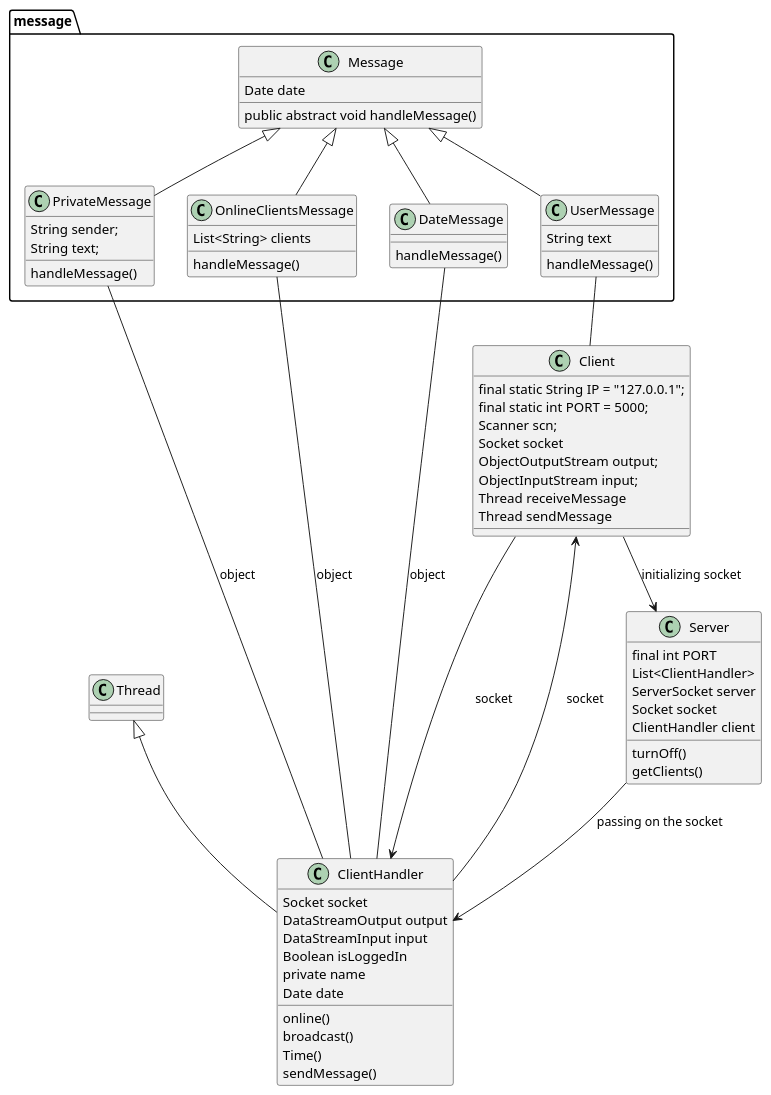
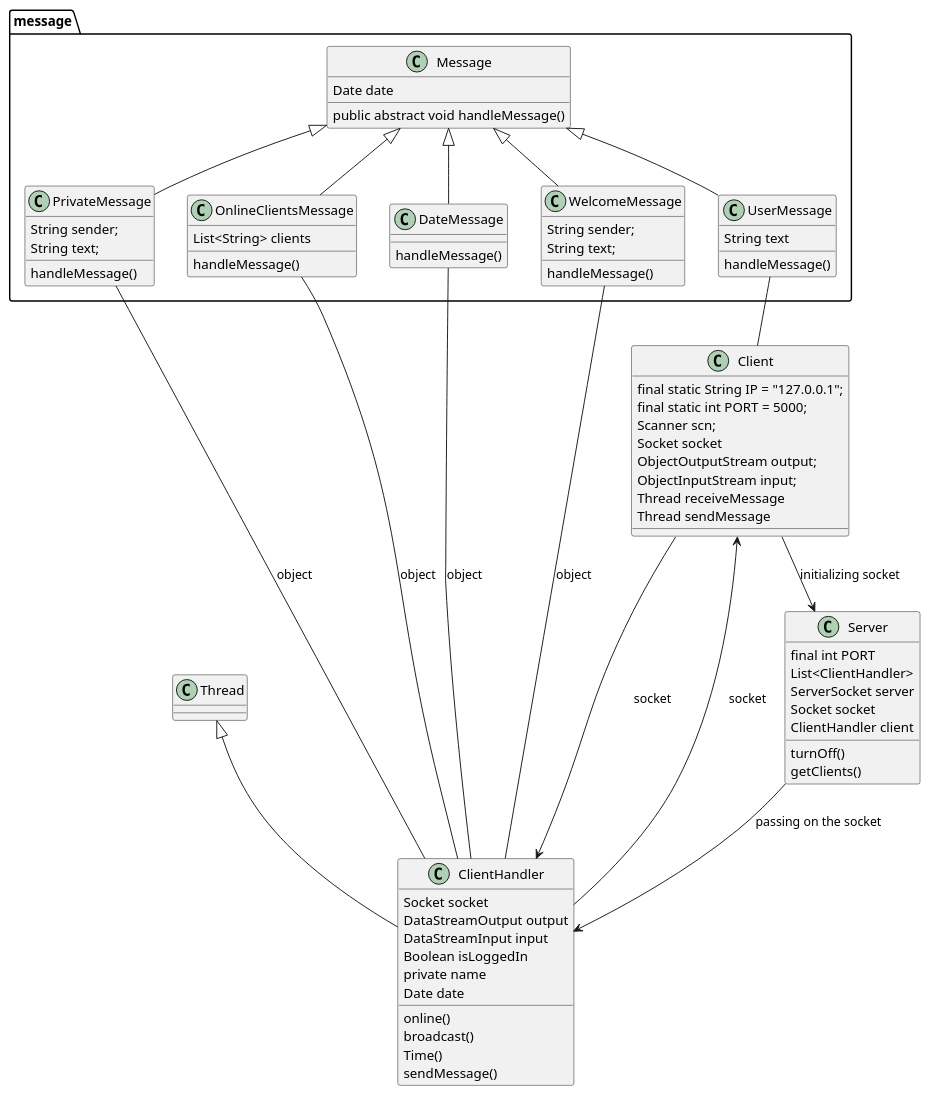
One commit to idolevitt/chat changed the diagram in chart.puml. Above: the diagram before and after it, drawn with PlantUML.

```diff
--- a/chart.puml
+++ b/chart.puml
@@ -1,82 +1,91 @@
 @startuml
 class Server{
     final int PORT
     List<ClientHandler>
     ServerSocket server
     Socket socket
     ClientHandler client
 
     turnOff()
     getClients()
 
 }
 class ClientHandler extends Thread{
     Socket socket
     DataStreamOutput output
     DataStreamInput input
     Boolean isLoggedIn
     private name
     Date date
 
     online()
     broadcast()
     Time()
     sendMessage()
 
 }
 message.PrivateMessage -- ClientHandler:object
 message.OnlineClientsMessage -- ClientHandler:object
 message.DateMessage -- ClientHandler:object
+message.WelcomeMessage -- ClientHandler:object
 
 message.UserMessage -- Client
 
 Client --> Server:initializing socket
 Server --> ClientHandler:passing on the socket
 Client -> ClientHandler:socket
 Client <- ClientHandler:socket
 
 
 class Client{
 
     final static String IP = "127.0.0.1";
     final static int PORT = 5000;
     Scanner scn;
     Socket socket
     ObjectOutputStream output;
     ObjectInputStream input;
     Thread receiveMessage
     Thread sendMessage
 
 }
 class message.Message{
     Date date
 
     public abstract void handleMessage()
 }
 
 class message.DateMessage extends message.Message{
     handleMessage()
 }
 
 class message.OnlineClientsMessage extends message.Message{
 
     List<String> clients
 
     handleMessage()
 }
 
 class message.PrivateMessage extends message.Message{
 
     String sender;
     String text;
 
     handleMessage()
 }
 
+class message.WelcomeMessage extends message.Message{
+
+    String sender;
+    String text;
+
+    handleMessage()
+}
+
 class message.UserMessage extends message.Message{
 
     String text
 
     handleMessage()
 }
 @enduml
```
